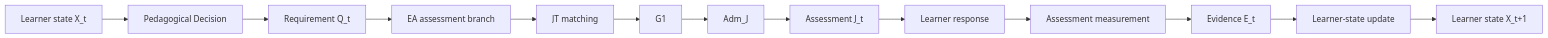
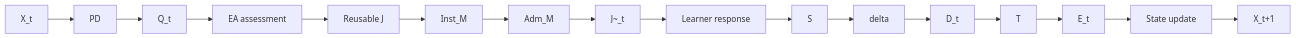
One commit to thatao72/three-twin-docs changed the seventh of 7 diagrams in content/architecture.md. Above: the diagram before and after it, drawn with Mermaid. The commit also changed other lines of this file, not shown here.

Commit message:
Rewrite architecture overview for current mathematical model

````diff
--- a/content/architecture.md
+++ b/content/architecture.md
@@ -421,19 +474,22 @@
 ```mermaid
 flowchart LR
-    X["Learner state X_t"]
-    PD["Pedagogical Decision"]
-    Q["Requirement Q_t"]
-    EA["EA assessment branch"]
-    JT["JT matching"]
-    G1["G1"]
-    ADM["Adm_J"]
-    J["Assessment J_t"]
+    X["X_t"]
+    PD["PD"]
+    Q["Q_t"]
+    EA["EA assessment"]
+    J["Reusable J"]
+    IM["Inst_M"]
+    AM["Adm_M"]
+    JT["J~_t"]
     R["Learner response"]
-    M["Assessment measurement"]
-    E["Evidence E_t"]
-    U["Learner-state update"]
-    X2["Learner state X_t+1"]
+    S["S"]
+    DELTA["delta"]
+    D["D_t"]
+    T["T"]
+    E["E_t"]
+    U["State update"]
+    X2["X_t+1"]
 
-    X --> PD --> Q --> EA --> JT --> G1 --> ADM --> J
-    J --> R --> M --> E --> U --> X2
+    X --> PD --> Q --> EA --> J --> IM --> AM --> JT
+    JT --> R --> S --> DELTA --> D --> T --> E --> U --> X2
 ```
````
